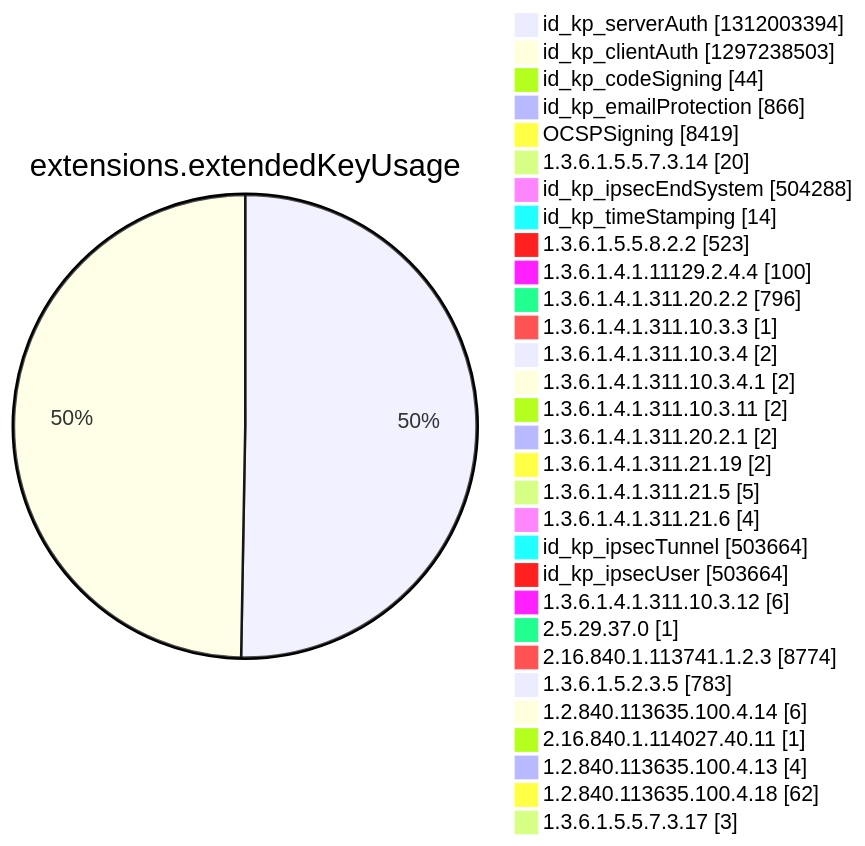
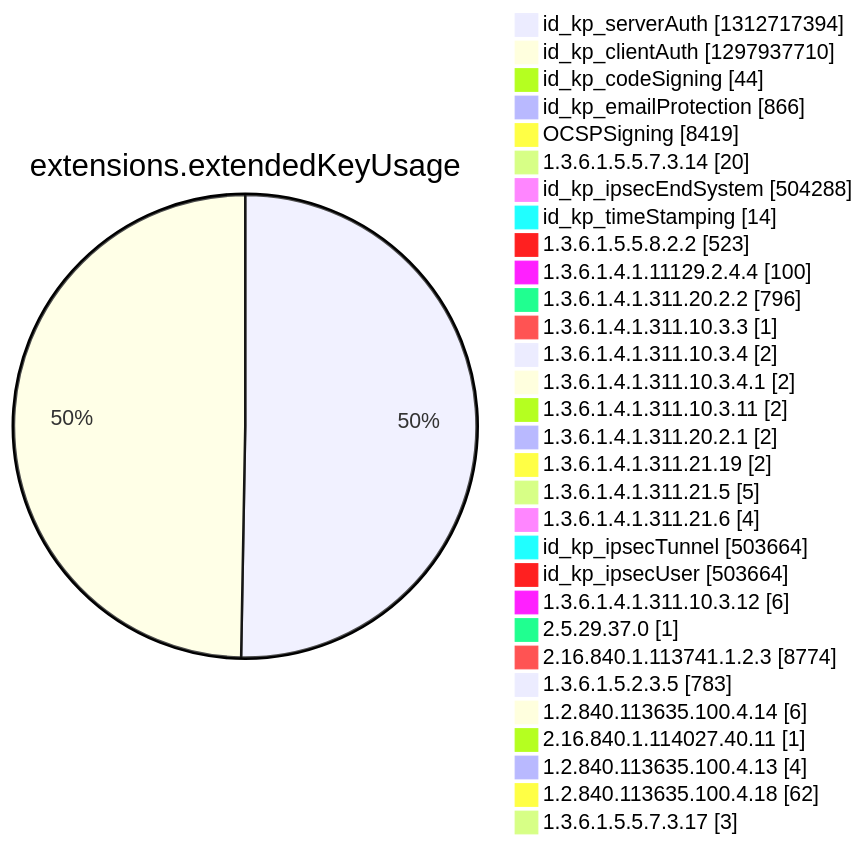
Before and after one commit to christiankrug/ctmonitor_visualization: diagram 12 of 15 in argon2022/README.md, drawn with Mermaid. The commit also changed other lines of this file, not shown here.

````diff
--- a/argon2022/README.md
+++ b/argon2022/README.md
@@ -3552,34 +3552,34 @@
 ```mermaid
 pie showData
 title extensions.extendedKeyUsage
-"id_kp_serverAuth" :1312003394
-"id_kp_clientAuth" :1297238503
+"id_kp_serverAuth" :1312717394
+"id_kp_clientAuth" :1297937710
 "id_kp_codeSigning" :44
 "id_kp_emailProtection" :866
 "OCSPSigning" :8419
 "1.3.6.1.5.5.7.3.14" :20
 "id_kp_ipsecEndSystem" :504288
 "id_kp_timeStamping" :14
 "1.3.6.1.5.5.8.2.2" :523
 "1.3.6.1.4.1.11129.2.4.4" :100
 "1.3.6.1.4.1.311.20.2.2" :796
 "1.3.6.1.4.1.311.10.3.3" :1
 "1.3.6.1.4.1.311.10.3.4" :2
 "1.3.6.1.4.1.311.10.3.4.1" :2
 "1.3.6.1.4.1.311.10.3.11" :2
 "1.3.6.1.4.1.311.20.2.1" :2
 "1.3.6.1.4.1.311.21.19" :2
 "1.3.6.1.4.1.311.21.5" :5
 "1.3.6.1.4.1.311.21.6" :4
 "id_kp_ipsecTunnel" :503664
 "id_kp_ipsecUser" :503664
 "1.3.6.1.4.1.311.10.3.12" :6
 "2.5.29.37.0" :1
 "2.16.840.1.113741.1.2.3" :8774
 "1.3.6.1.5.2.3.5" :783
 "1.2.840.113635.100.4.14" :6
 "2.16.840.1.114027.40.11" :1
 "1.2.840.113635.100.4.13" :4
 "1.2.840.113635.100.4.18" :62
 "1.3.6.1.5.5.7.3.17" :3
 ```
````
